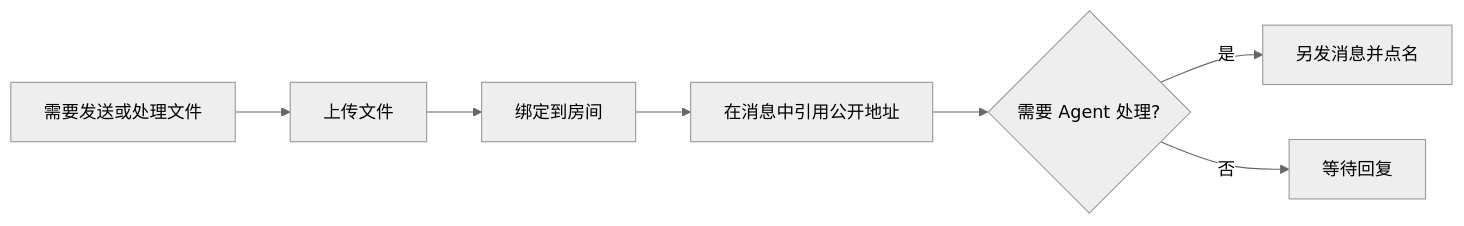
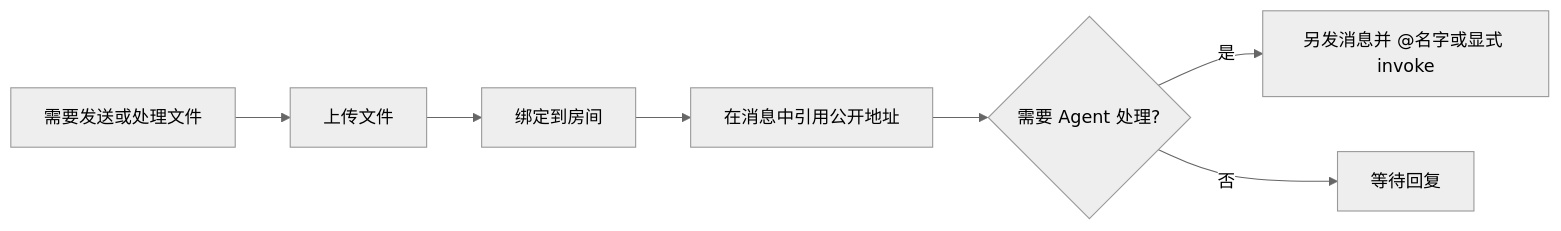
Before and after one commit to KonghaYao/agent-network: the ninth of 14 diagrams in public/skills/agent-network-skills.md, drawn with Mermaid (neutral theme). The commit also changed other lines of this file and 16 other files, not shown here.

````diff
--- a/public/skills/agent-network-skills.md
+++ b/public/skills/agent-network-skills.md
@@ -207,9 +208,9 @@
 ```mermaid
 flowchart LR
     A["需要发送或处理文件"] --> B["上传文件"]
     B --> C["绑定到房间"]
     C --> D["在消息中引用公开地址"]
     D --> E{"需要 Agent 处理?"}
-    E -- 是 --> F["另发消息并点名"]
+    E -- 是 --> F["另发消息并 @名字或显式 invoke"]
     E -- 否 --> G["等待回复"]
 ```
````
